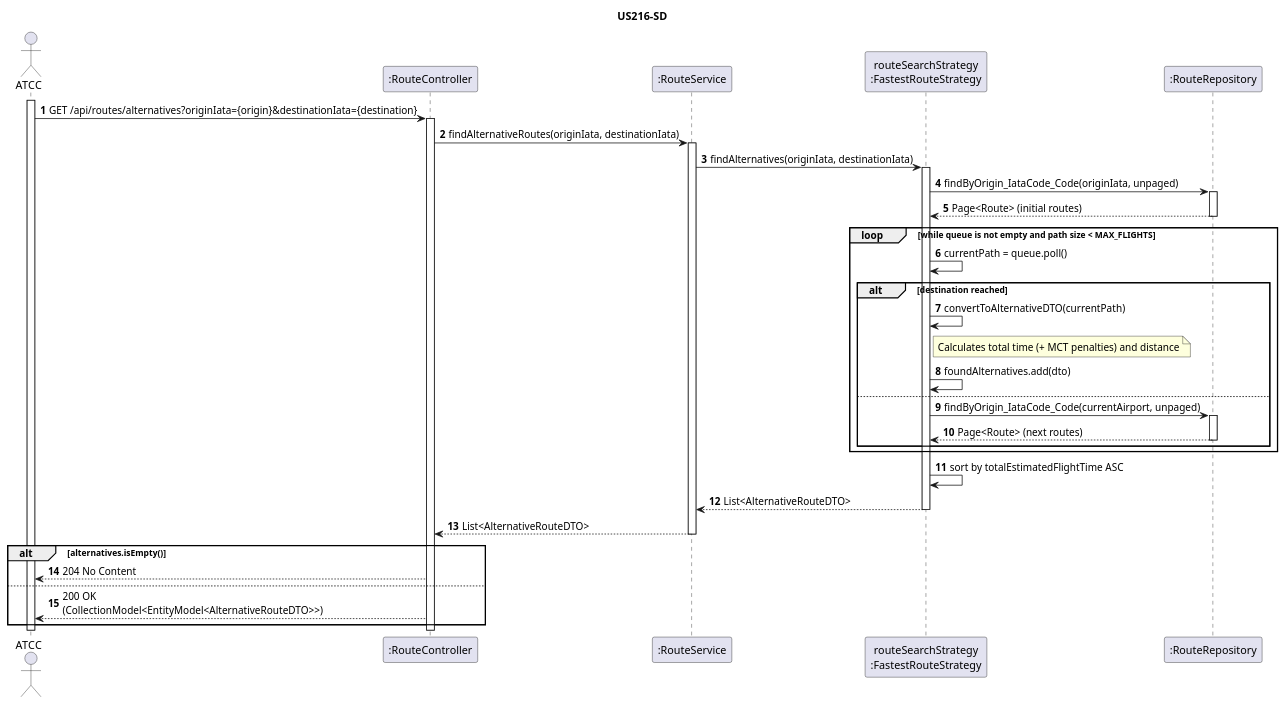
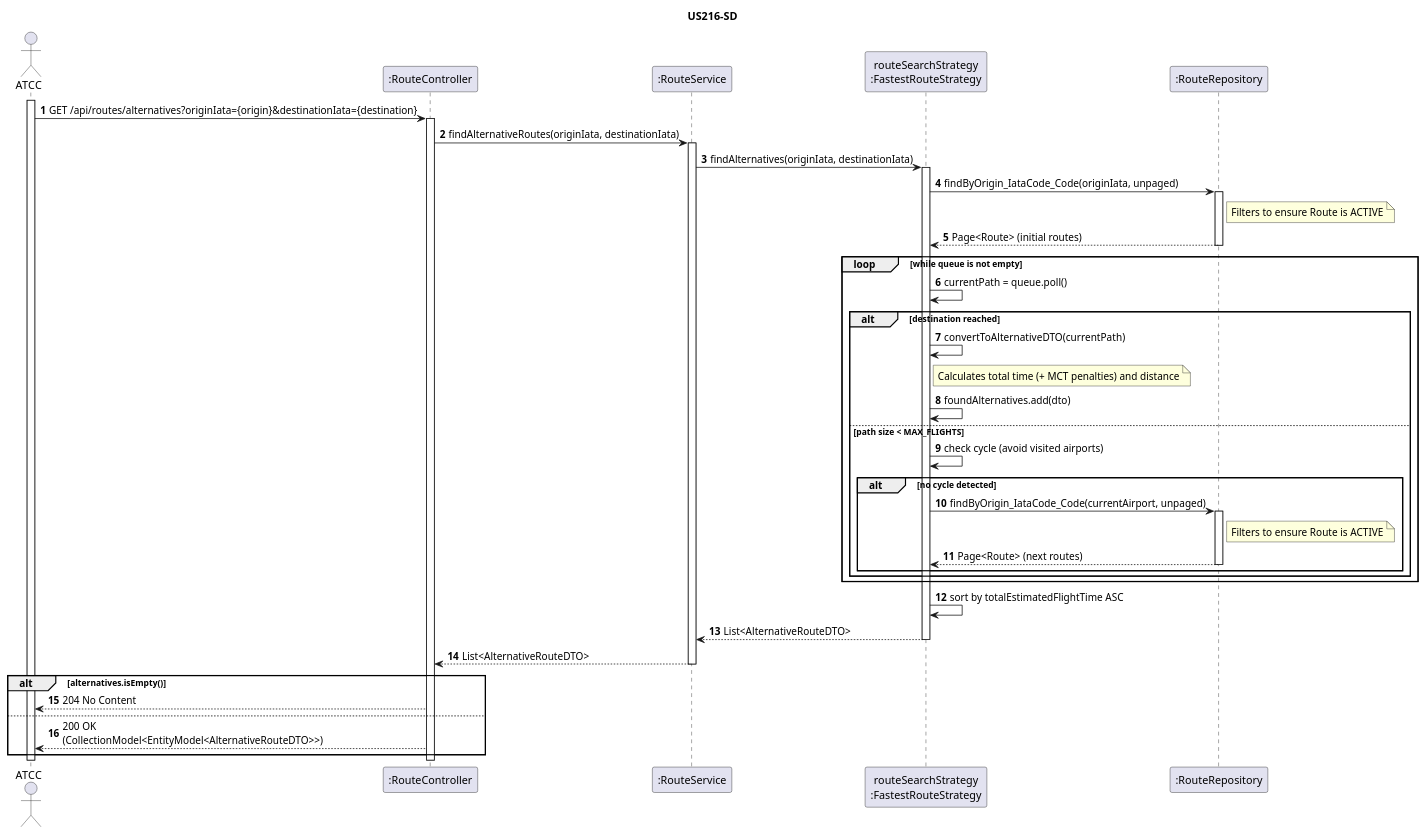
One commit to anamartasilvaa/PSOFT_AISafe_Flight changed the diagram in docs/WP#3B - Enhanced Route Management/US216/US216-SD.puml. Above: the diagram before and after it, drawn with PlantUML. The commit also changed 12 other files, not shown here.

```diff
--- a/docs/WP#3B - Enhanced Route Management/US216/US216-SD.puml
+++ b/docs/WP#3B - Enhanced Route Management/US216/US216-SD.puml
@@ -1,57 +1,62 @@
 @startuml
 title US216-SD
 autonumber
 actor "ATCC" as Operator
 participant ":RouteController" as Ctrl
 participant ":RouteService" as Service
 participant "routeSearchStrategy\n:FastestRouteStrategy" as Strategy
 participant ":RouteRepository" as Repo
 
 activate Operator
 Operator -> Ctrl : GET /api/routes/alternatives?originIata={origin}&destinationIata={destination}
 activate Ctrl
 
 Ctrl -> Service : findAlternativeRoutes(originIata, destinationIata)
 activate Service
 
 Service -> Strategy : findAlternatives(originIata, destinationIata)
 activate Strategy
 
-
 Strategy -> Repo : findByOrigin_IataCode_Code(originIata, unpaged)
 activate Repo
+note right of Repo : Filters to ensure Route is ACTIVE
 Repo --> Strategy : Page<Route> (initial routes)
 deactivate Repo
 
-loop while queue is not empty and path size < MAX_FLIGHTS
+loop while queue is not empty
     Strategy -> Strategy : currentPath = queue.poll()
 
     alt destination reached
         Strategy -> Strategy : convertToAlternativeDTO(currentPath)
         note right of Strategy : Calculates total time (+ MCT penalties) and distance
         Strategy -> Strategy : foundAlternatives.add(dto)
-    else
-        Strategy -> Repo : findByOrigin_IataCode_Code(currentAirport, unpaged)
-        activate Repo
-        Repo --> Strategy : Page<Route> (next routes)
-        deactivate Repo
 
+    else path size < MAX_FLIGHTS
+        Strategy -> Strategy : check cycle (avoid visited airports)
+
+        alt no cycle detected
+            Strategy -> Repo : findByOrigin_IataCode_Code(currentAirport, unpaged)
+            activate Repo
+            note right of Repo : Filters to ensure Route is ACTIVE
+            Repo --> Strategy : Page<Route> (next routes)
+            deactivate Repo
+        end
     end
 end
 
 Strategy -> Strategy : sort by totalEstimatedFlightTime ASC
 Strategy --> Service : List<AlternativeRouteDTO>
 deactivate Strategy
 
 Service --> Ctrl : List<AlternativeRouteDTO>
 deactivate Service
 
 alt alternatives.isEmpty()
     Ctrl --> Operator : 204 No Content
 else
     Ctrl --> Operator : 200 OK\n(CollectionModel<EntityModel<AlternativeRouteDTO>>)
 end
 
 deactivate Ctrl
 deactivate Operator
 @enduml
```
